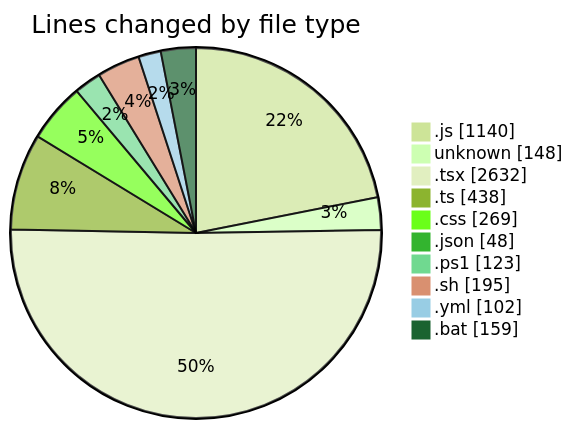
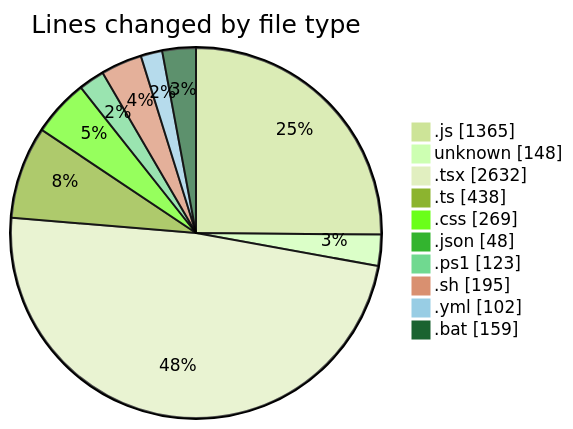
Before and after one commit to lephambinh05/code-tracking: the first of 2 diagrams in 2025-08-06/napxuvn/README.md, drawn with Mermaid (forest theme). The commit also changed other lines of this file and 1 other file, not shown here.

````diff
--- a/2025-08-06/napxuvn/README.md
+++ b/2025-08-06/napxuvn/README.md
@@ -77,14 +78,14 @@
 ```mermaid
 pie showData
 title Lines changed by file type
-".js" : 1140
+".js" : 1365
 "unknown" : 148
 ".tsx" : 2632
 ".ts" : 438
 ".css" : 269
 ".json" : 48
 ".ps1" : 123
 ".sh" : 195
 ".yml" : 102
 ".bat" : 159
 ```
````
